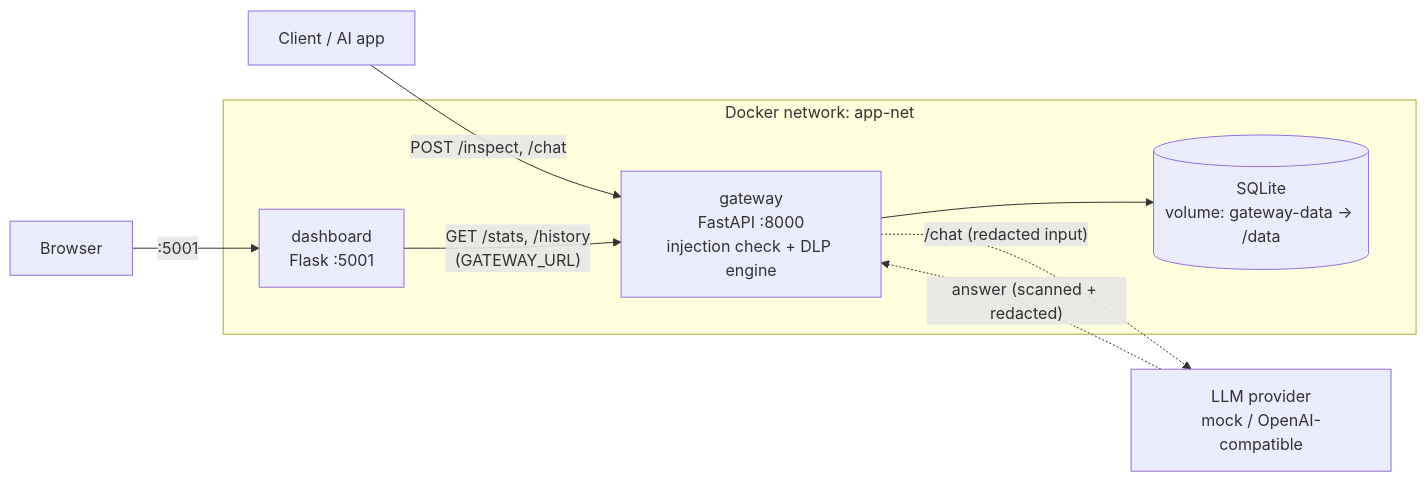
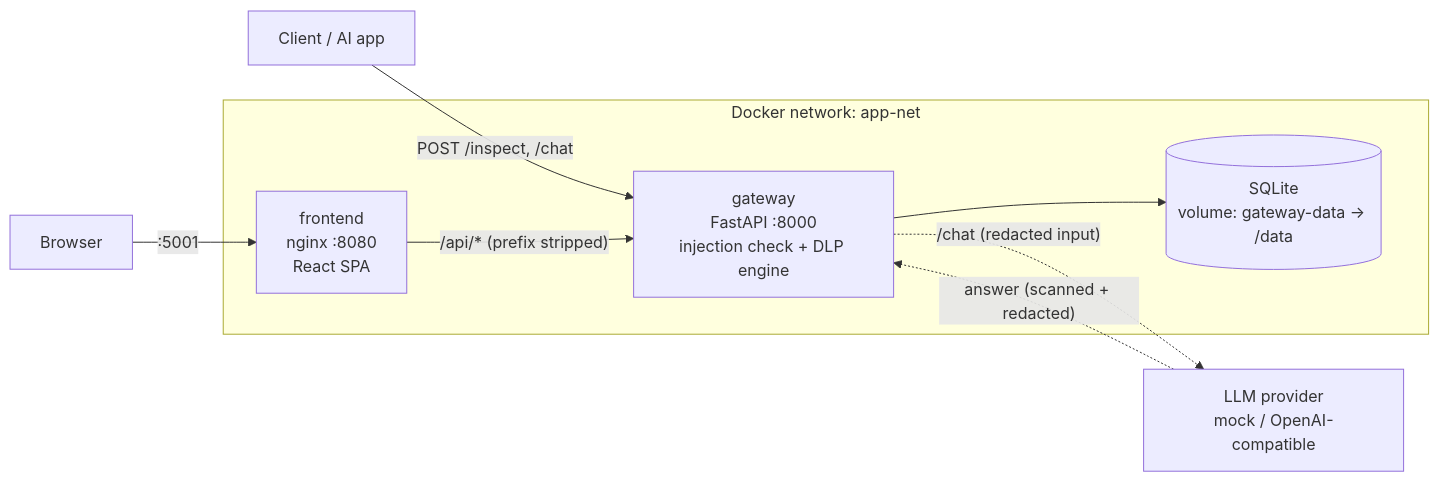
One commit to nir968/genAI-security-api changed the diagram in README.md. Above: the diagram before and after it, drawn with Mermaid. The commit also changed other lines of this file and 18 other files, not shown here.

First line of the commit message:
chore: serve frontend via nginx in compose, remove Flask dashboard, seed script, docs

````diff
--- a/README.md
+++ b/README.md
@@ -13,13 +13,13 @@
 ```mermaid
 flowchart LR
     Client["Client / AI app"] -- "POST /inspect, /chat" --> Gateway
-    Browser["Browser"] -- ":5001" --> Dashboard
+    Browser["Browser"] -- ":5001" --> Nginx
 
     subgraph Docker network: app-net
-        Dashboard["dashboard<br/>Flask :5001"] -- "GET /stats, /history<br/>(GATEWAY_URL)" --> Gateway["gateway<br/>FastAPI :8000<br/>injection check + DLP engine"]
+        Nginx["frontend<br/>nginx :8080<br/>React SPA"] -- "/api/* (prefix stripped)" --> Gateway["gateway<br/>FastAPI :8000<br/>injection check + DLP engine"]
         Gateway --> DB[("SQLite<br/>volume: gateway-data → /data")]
     end
 
     Gateway -. "/chat (redacted input)" .-> LLM["LLM provider<br/>mock / OpenAI-compatible"]
     LLM -. "answer (scanned + redacted)" .-> Gateway
 ```
````
